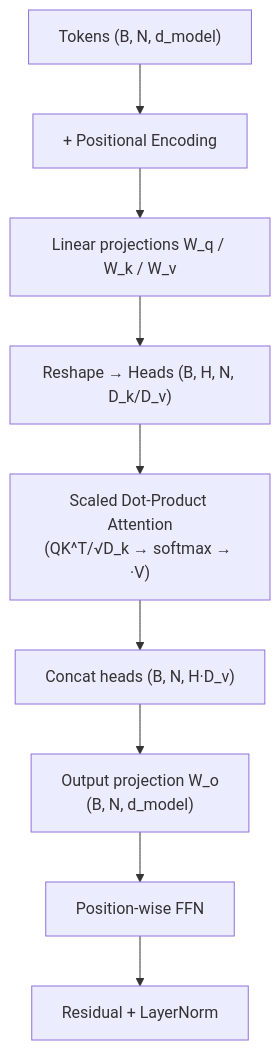
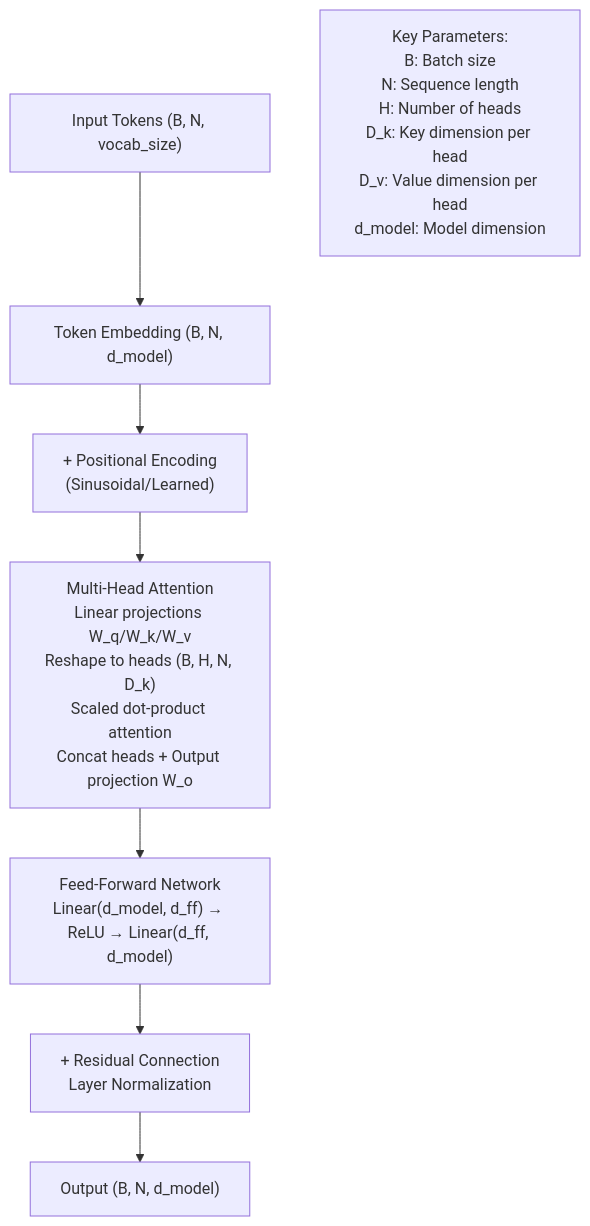
Before and after one commit to Alibhji/deep_learning_fundamentals: the diagram in transformers/01-text-transformers/GRAPH.md, drawn with Mermaid. The commit also changed other lines of this file and 8 other files, not shown here.

````diff
--- a/transformers/01-text-transformers/GRAPH.md
+++ b/transformers/01-text-transformers/GRAPH.md
@@ -3,11 +3,11 @@
 ```mermaid
 flowchart TD
-    X["Tokens (B, N, d_model)"] --> PE["+ Positional Encoding"]
-    PE --> WQKV["Linear projections W_q / W_k / W_v"]
-    WQKV --> SPLIT["Reshape → Heads (B, H, N, D_k/D_v)"]
-    SPLIT --> ATTN["Scaled Dot-Product Attention\n(QK^T/√D_k → softmax → ·V)"]
-    ATTN --> CAT["Concat heads (B, N, H·D_v)"]
-    CAT --> WO["Output projection W_o\n(B, N, d_model)"]
-    WO --> FFN["Position-wise FFN"]
-    FFN --> RESNORM["Residual + LayerNorm"]
+    A["Input Tokens (B, N, vocab_size)"] --> B["Token Embedding (B, N, d_model)"]
+    B --> C["+ Positional Encoding\n(Sinusoidal/Learned)"]
+    C --> D["Multi-Head Attention\nLinear projections W_q/W_k/W_v\nReshape to heads (B, H, N, D_k)\nScaled dot-product attention\nConcat heads + Output projection W_o"]
+    D --> E["Feed-Forward Network\nLinear(d_model, d_ff) → ReLU → Linear(d_ff, d_model)"]
+    E --> F["+ Residual Connection\nLayer Normalization"]
+    F --> G["Output (B, N, d_model)"]
+    
+    H["Key Parameters:\nB: Batch size\nN: Sequence length\nH: Number of heads\nD_k: Key dimension per head\nD_v: Value dimension per head\nd_model: Model dimension"]
 ```
````
